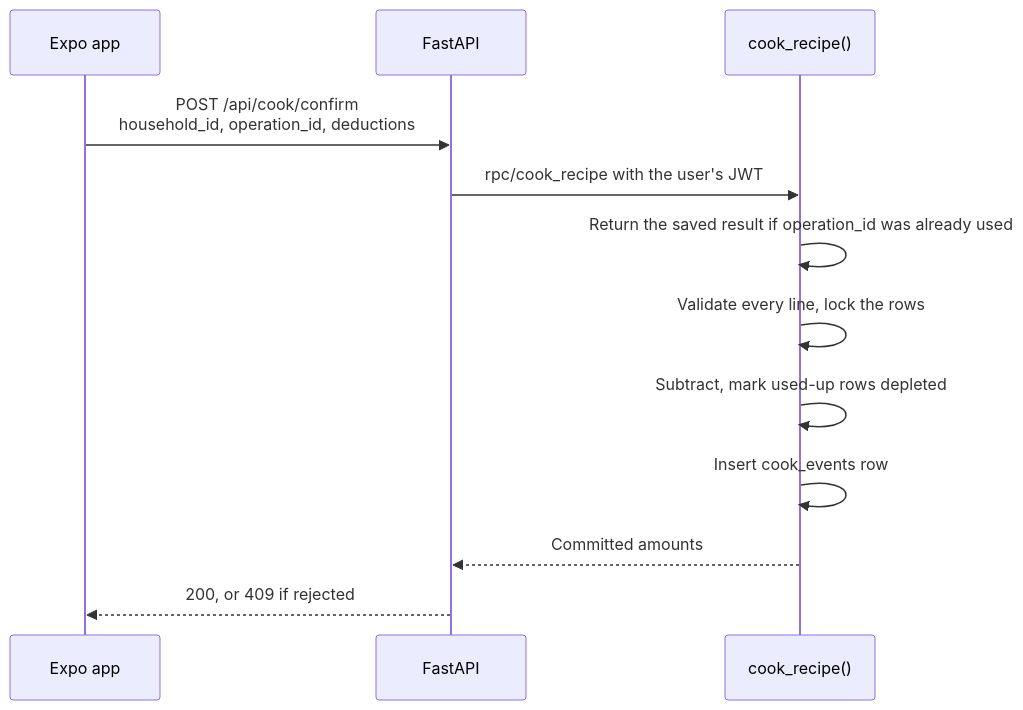
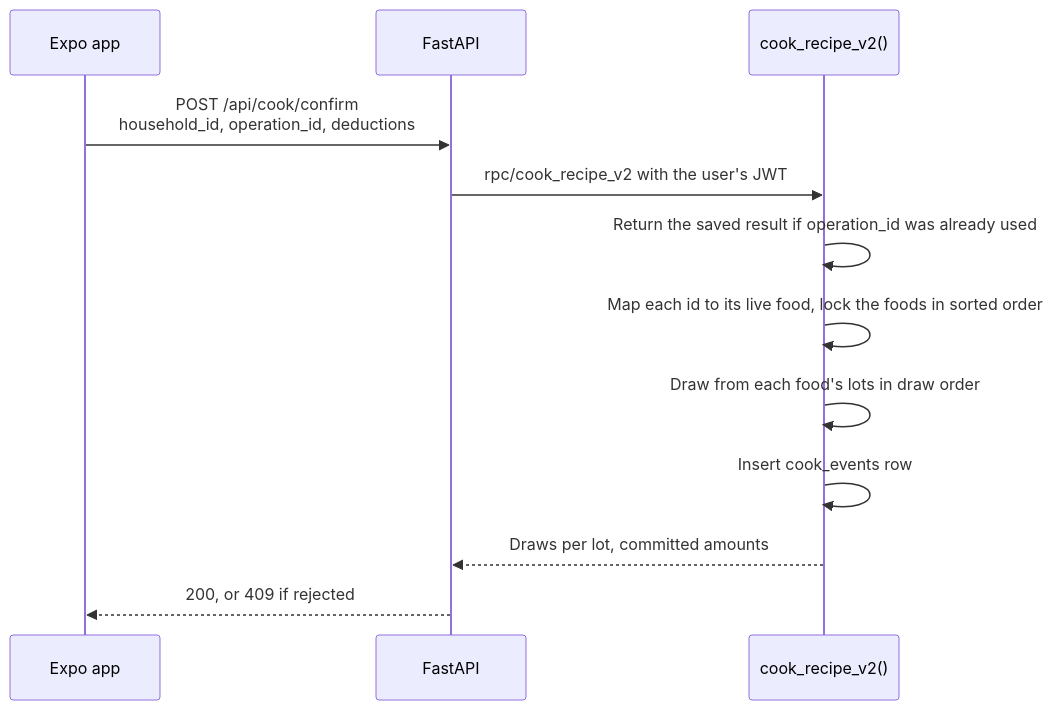
Before and after one commit to brandon-sanchez/FreshPlate: the fifth of 5 diagrams in docs/architecture.md, drawn with Mermaid. The commit also changed other lines of this file and 5 other files, not shown here.

````diff
--- a/docs/architecture.md
+++ b/docs/architecture.md
@@ -162,15 +162,15 @@
 ```mermaid
 sequenceDiagram
 	participant App as Expo app
 	participant API as FastAPI
-	participant DB as cook_recipe()
+	participant DB as cook_recipe_v2()
 
 	App->>API: POST /api/cook/confirm<br/>household_id, operation_id, deductions
-	API->>DB: rpc/cook_recipe with the user's JWT
+	API->>DB: rpc/cook_recipe_v2 with the user's JWT
 	DB->>DB: Return the saved result if operation_id was already used
-	DB->>DB: Validate every line, lock the rows
-	DB->>DB: Subtract, mark used-up rows depleted
+	DB->>DB: Map each id to its live food, lock the foods in sorted order
+	DB->>DB: Draw from each food's lots in draw order
 	DB->>DB: Insert cook_events row
-	DB-->>API: Committed amounts
+	DB-->>API: Draws per lot, committed amounts
 	API-->>App: 200, or 409 if rejected
 ```
````
